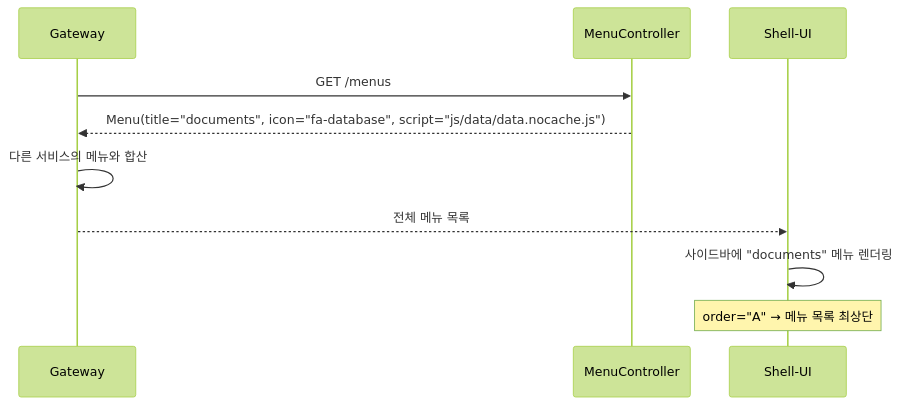
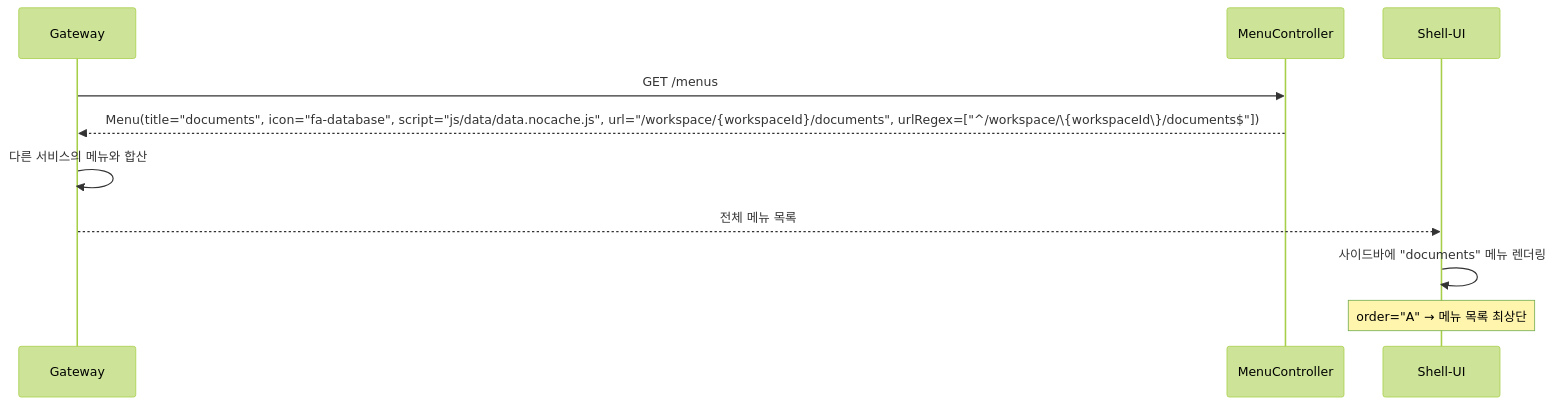
The third of 4 diagrams in search-document/USECASE.md (sayaya1090/handbook), drawn with Mermaid (forest theme) before and after one commit. The commit also changed other lines of this file and 39 other files, not shown here.

````diff
--- a/search-document/USECASE.md
+++ b/search-document/USECASE.md
@@ -52,13 +52,13 @@
 ```mermaid
 sequenceDiagram
     participant GW as Gateway
     participant MC as MenuController
     participant Shell as Shell-UI
 
     GW->>MC: GET /menus
-    MC-->>GW: Menu(title="documents", icon="fa-database", script="js/data/data.nocache.js")
+    MC-->>GW: Menu(title="documents", icon="fa-database", script="js/data/data.nocache.js", url="/workspace/{workspaceId}/documents", urlRegex=["^/workspace/\{workspaceId\}/documents$"])
     GW->>GW: 다른 서비스의 메뉴와 합산
     GW-->>Shell: 전체 메뉴 목록
     Shell->>Shell: 사이드바에 "documents" 메뉴 렌더링
     Note over Shell: order="A" → 메뉴 목록 최상단
 ```
````
